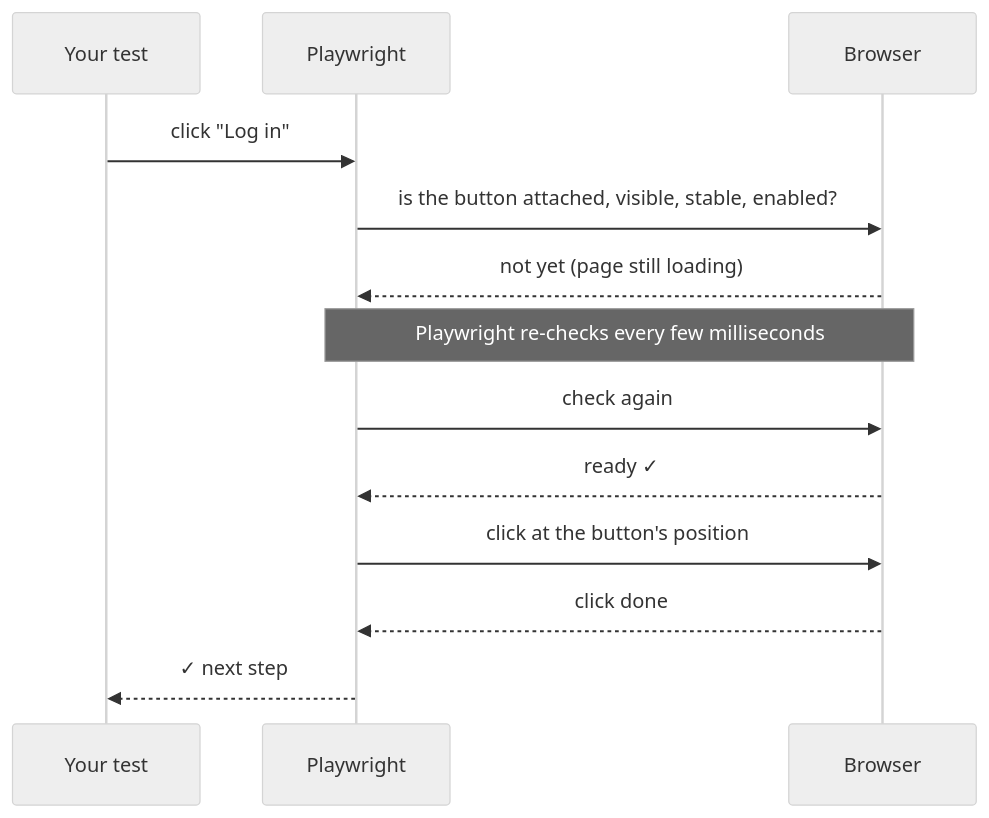
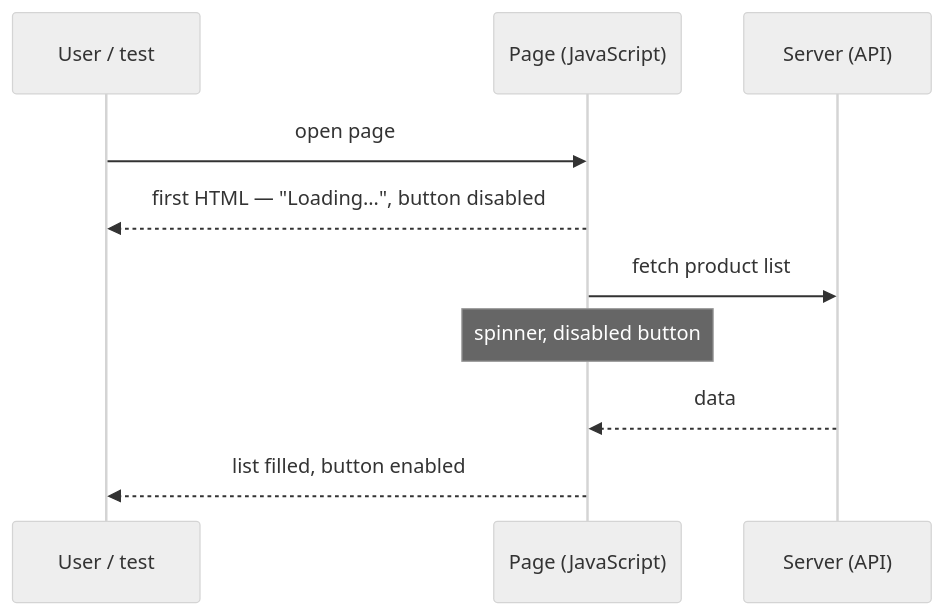
One commit to rmishr-1/Playwright_learning_studio changed the first of 3 diagrams in Data/Source/course/markdown/day2.md. Above: the diagram before and after it, drawn with Mermaid (neutral theme). The commit also changed other lines of this file and 184 other files, not shown here.

````diff
--- a/Data/Source/course/markdown/day2.md
+++ b/Data/Source/course/markdown/day2.md
@@ -107,15 +62,12 @@
 ```mermaid
 sequenceDiagram
-  participant T as Your test
-  participant P as Playwright
-  participant B as Browser
-  T->>P: click "Log in"
-  P->>B: is the button attached, visible, stable, enabled?
-  B-->>P: not yet (page still loading)
-  Note over P,B: Playwright re-checks every few milliseconds
-  P->>B: check again
-  B-->>P: ready ✓
-  P->>B: click at the button's position
-  B-->>P: click done
-  P-->>T: ✓ next step
+  participant U as User / test
+  participant P as Page (JavaScript)
+  participant S as Server (API)
+  U->>P: open page
+  P-->>U: first HTML — "Loading…", button disabled
+  P->>S: fetch product list
+  Note over P: spinner, disabled button
+  S-->>P: data
+  P-->>U: list filled, button enabled
 ```
````
